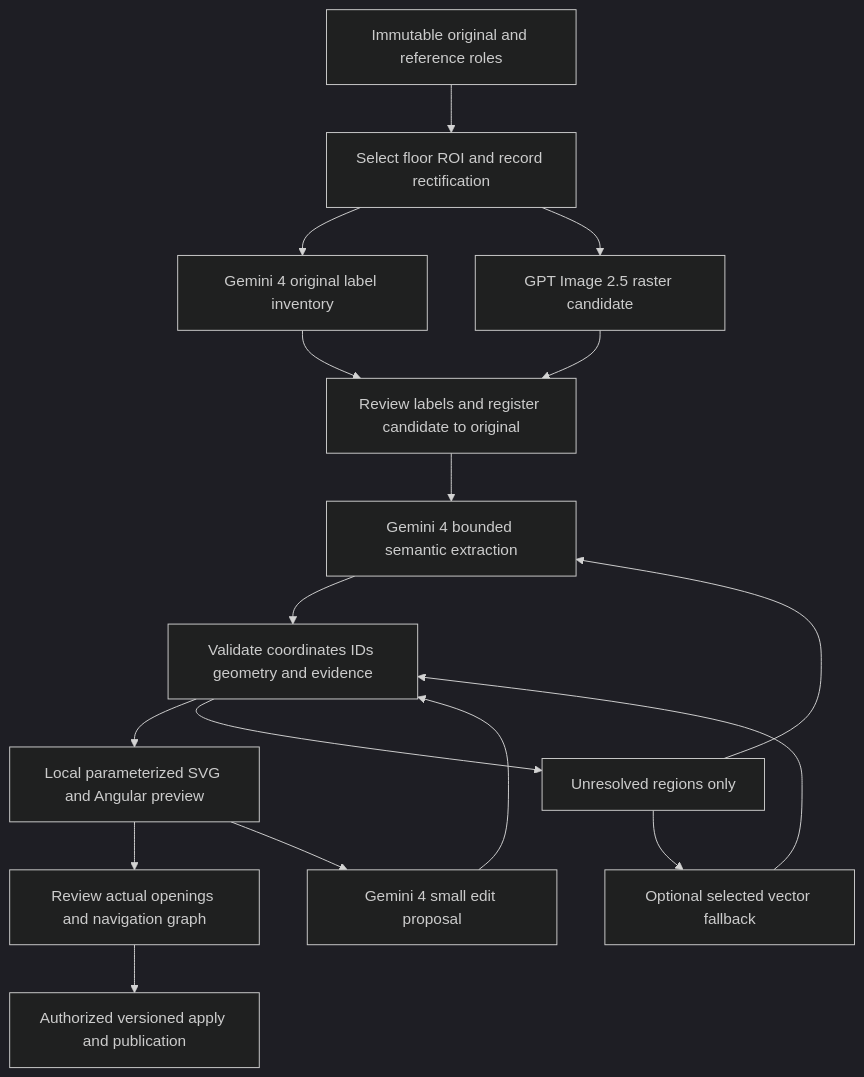
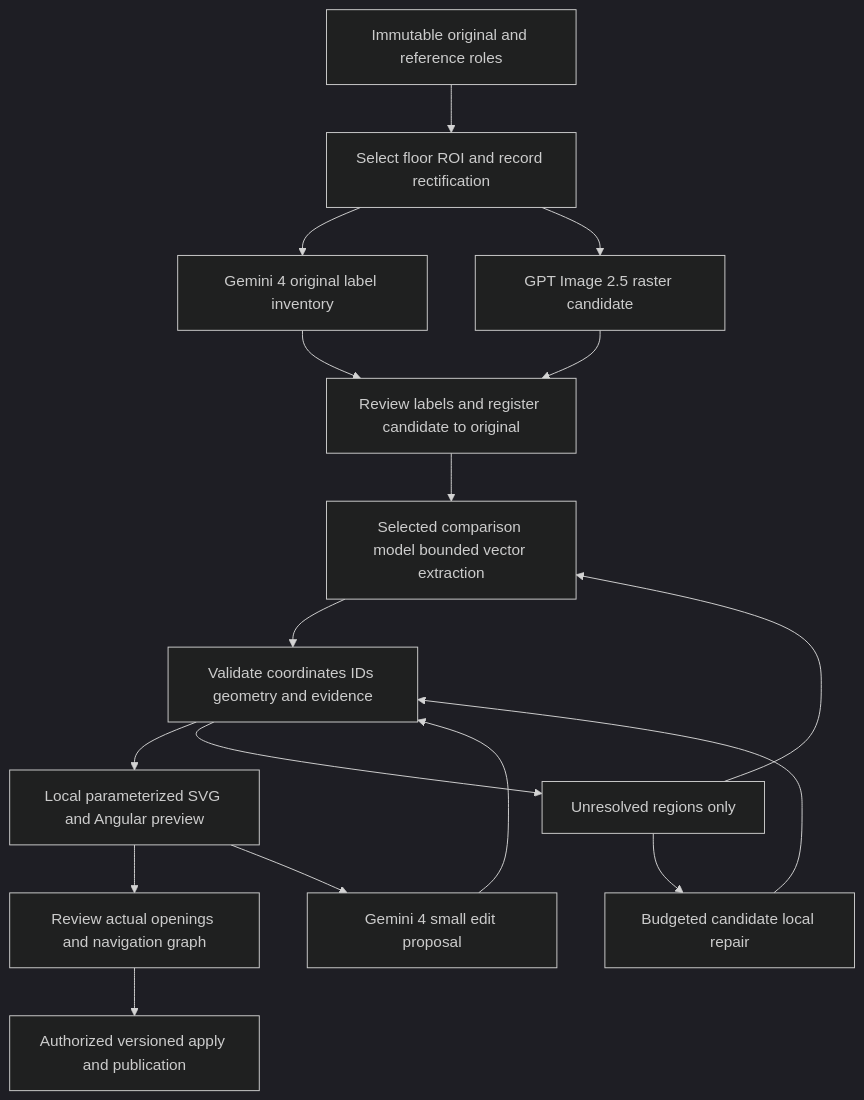
The diagram in docs/pipeline/redesign-proposal.md (mhamza1906/SnapWay), drawn with Mermaid (dark theme) before and after one commit. The commit also changed other lines of this file and 3 other files, not shown here.

Commit message:
docs: close vectorization review and prioritize matched model comparison

````diff
--- a/docs/pipeline/redesign-proposal.md
+++ b/docs/pipeline/redesign-proposal.md
@@ -32,19 +35,19 @@
 ```mermaid
 flowchart TD
     A[Immutable original and reference roles] --> B[Select floor ROI and record rectification]
     B --> C[Gemini 4 original label inventory]
     B --> D[GPT Image 2.5 raster candidate]
     C --> E[Review labels and register candidate to original]
     D --> E
-    E --> F[Gemini 4 bounded semantic extraction]
+    E --> F[Selected comparison model bounded vector extraction]
     F --> G[Validate coordinates IDs geometry and evidence]
     G --> H[Local parameterized SVG and Angular preview]
     H --> I[Review actual openings and navigation graph]
     I --> J[Authorized versioned apply and publication]
     G --> K[Unresolved regions only]
     K --> F
-    K --> L[Optional selected vector fallback]
+    K --> L[Budgeted candidate local repair]
     L --> G
     H --> M[Gemini 4 small edit proposal]
     M --> G
 ```
````
